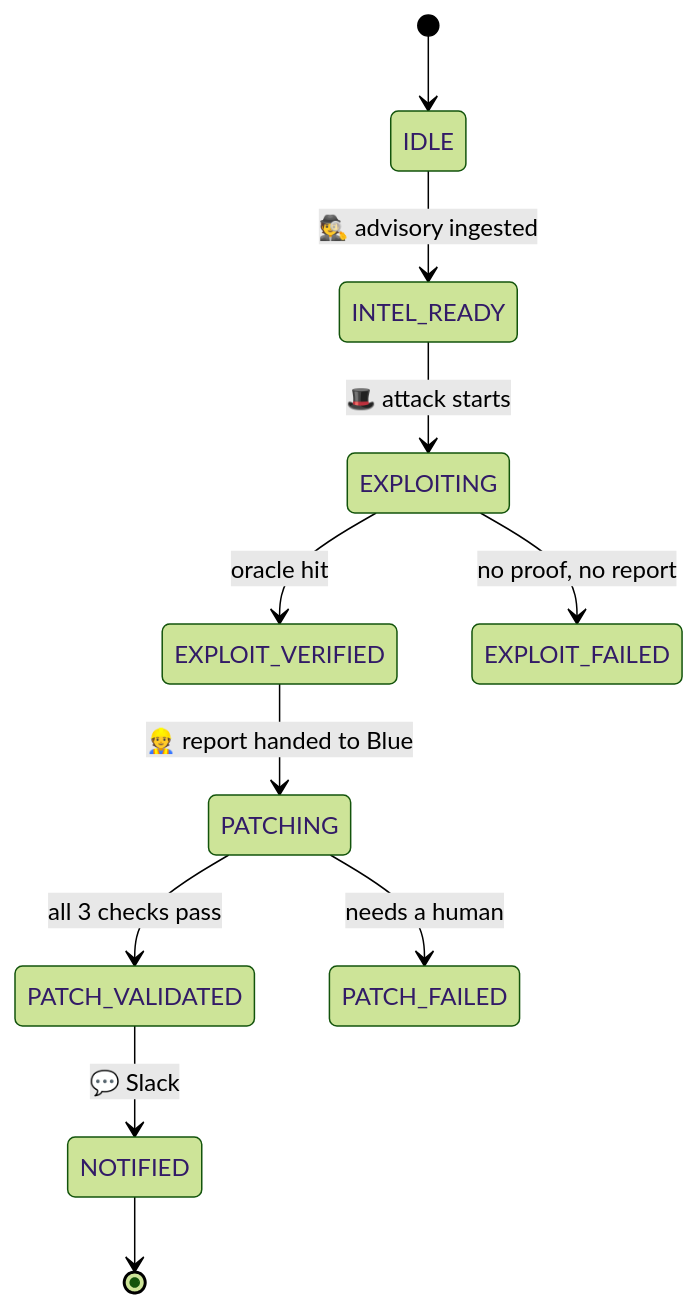
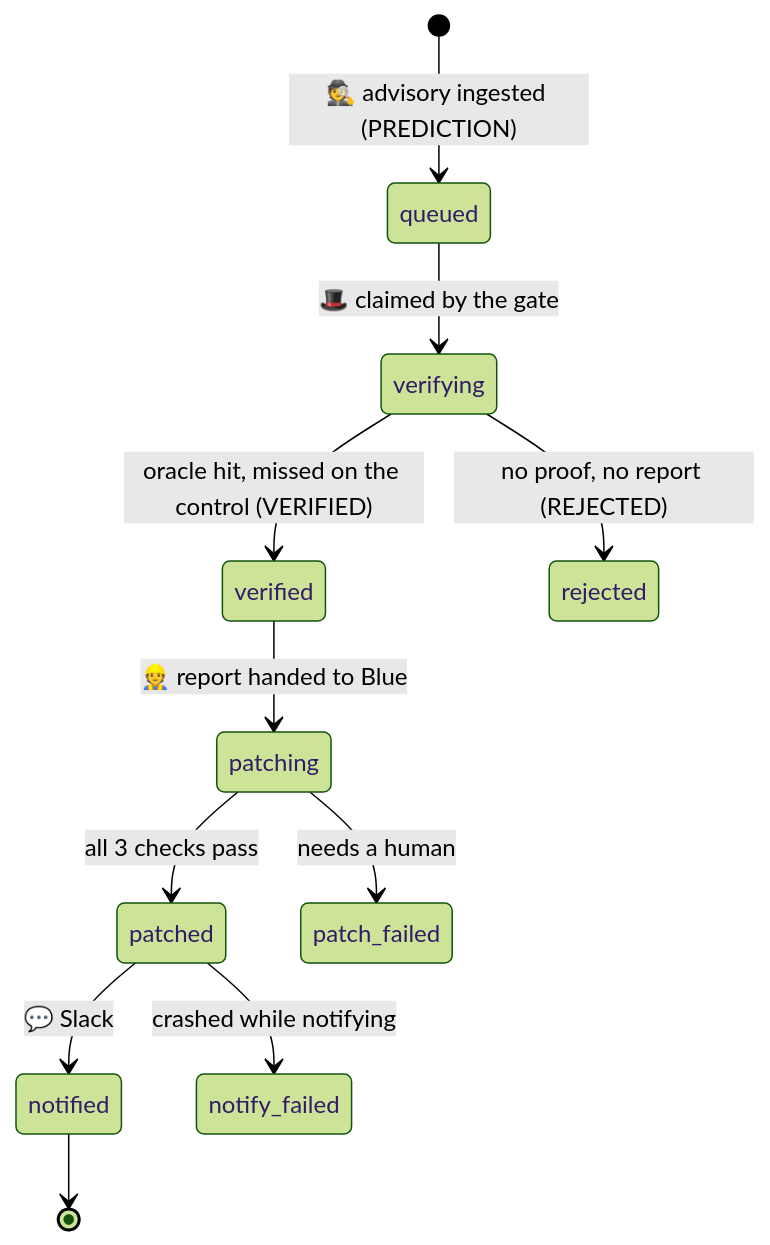
Before and after one commit to djang-c/WreckLess-Cyber-Security: the second of 6 diagrams in README.md, drawn with Mermaid (forest theme). The commit also changed other lines of this file and 3 other files, not shown here.

````diff
--- a/README.md
+++ b/README.md
@@ -63,13 +63,13 @@
 ```mermaid
 stateDiagram-v2
-    [*] --> IDLE
-    IDLE --> INTEL_READY: 🕵️ advisory ingested
-    INTEL_READY --> EXPLOITING: 🎩 attack starts
-    EXPLOITING --> EXPLOIT_VERIFIED: oracle hit
-    EXPLOITING --> EXPLOIT_FAILED: no proof, no report
-    EXPLOIT_VERIFIED --> PATCHING: 👷 report handed to Blue
-    PATCHING --> PATCH_VALIDATED: all 3 checks pass
-    PATCHING --> PATCH_FAILED: needs a human
-    PATCH_VALIDATED --> NOTIFIED: 💬 Slack
-    NOTIFIED --> [*]
+    [*] --> queued: 🕵️ advisory ingested (PREDICTION)
+    queued --> verifying: 🎩 claimed by the gate
+    verifying --> verified: oracle hit, missed on the control (VERIFIED)
+    verifying --> rejected: no proof, no report (REJECTED)
+    verified --> patching: 👷 report handed to Blue
+    patching --> patched: all 3 checks pass
+    patching --> patch_failed: needs a human
+    patched --> notified: 💬 Slack
+    patched --> notify_failed: crashed while notifying
+    notified --> [*]
 ```
````
